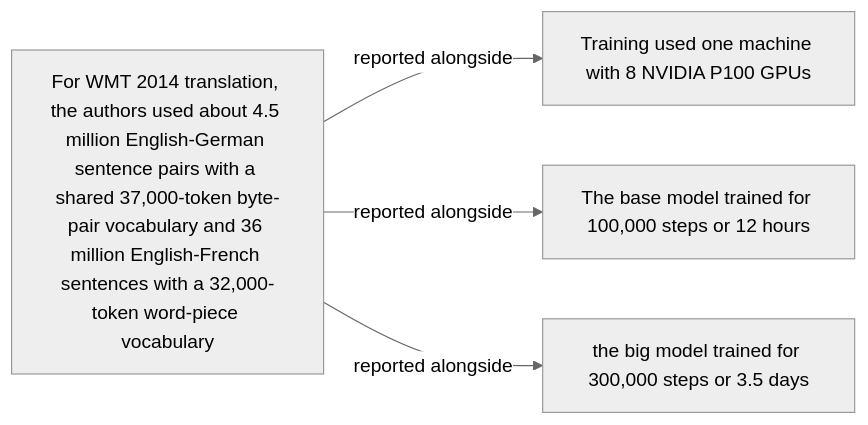
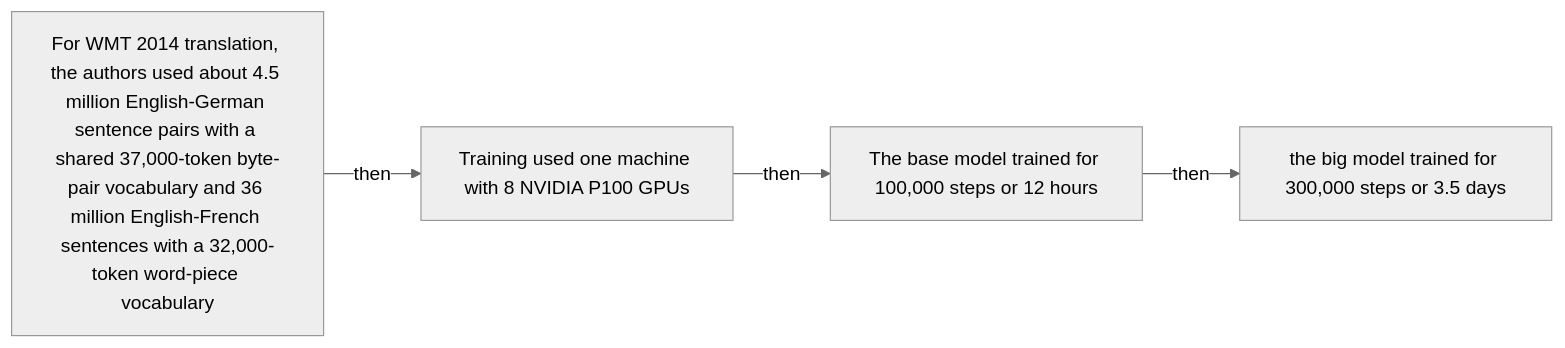
One commit to Betancourt1/paper_atlas changed diagram 30 of 54 in docs/visual-manifests/VISUAL_MANIFEST_ATTENTION_IS_ALL_YOU_NEED.md. Above: the diagram before and after it, drawn with Mermaid (neutral theme). The commit also changed other lines of this file and 7 other files, not shown here.

````diff
--- a/docs/visual-manifests/VISUAL_MANIFEST_ATTENTION_IS_ALL_YOU_NEED.md
+++ b/docs/visual-manifests/VISUAL_MANIFEST_ATTENTION_IS_ALL_YOU_NEED.md
@@ -2257,10 +2385,10 @@
 ```mermaid
 flowchart LR
   n1["For WMT 2014 translation, the authors used about 4.5 million English-German sentence pairs with a shared 37,000-token byte-pair vocabulary and 36 million English-French sentences with a 32,000-token word-piece vocabulary"]
   n2["Training used one machine with 8 NVIDIA P100 GPUs"]
   n3["The base model trained for 100,000 steps or 12 hours"]
   n4["the big model trained for 300,000 steps or 3.5 days"]
-  n1 -->|"reported alongside"| n2
-  n1 -->|"reported alongside"| n3
-  n1 -->|"reported alongside"| n4
+  n1 -->|"then"| n2
+  n2 -->|"then"| n3
+  n3 -->|"then"| n4
 ```
````
